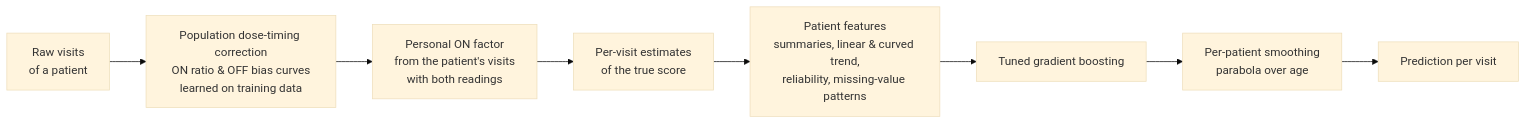
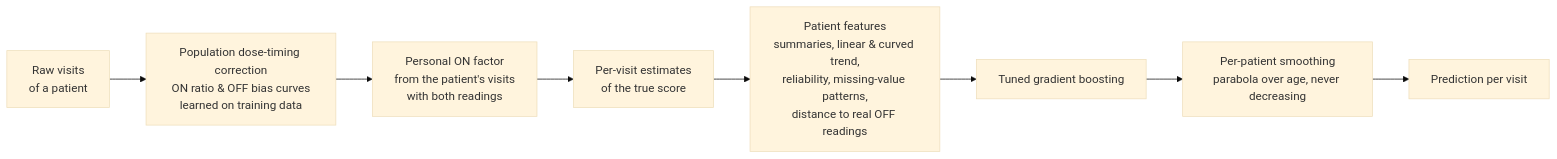
The second of 2 diagrams in METHODOLOGY.md (MadeleineAhmed/IBMHackathonGroup1), drawn with Mermaid (base theme) before and after one commit. The commit also changed other lines of this file and 4 other files, not shown here.

````diff
--- a/METHODOLOGY.md
+++ b/METHODOLOGY.md
@@ -118,10 +121,10 @@
 ```mermaid
 flowchart LR
     A[Raw visits<br/>of a patient] --> B[Population dose-timing correction<br/>ON ratio & OFF bias curves<br/>learned on training data]
     B --> P[Personal ON factor<br/>from the patient's visits<br/>with both readings]
     P --> C[Per-visit estimates<br/>of the true score]
-    C --> D[Patient features<br/>summaries, linear & curved trend,<br/>reliability, missing-value patterns]
+    C --> D[Patient features<br/>summaries, linear & curved trend,<br/>reliability, missing-value patterns,<br/>distance to real OFF readings]
     D --> E[Tuned gradient boosting]
-    E --> G[Per-patient smoothing<br/>parabola over age]
+    E --> G[Per-patient smoothing<br/>parabola over age, never decreasing]
     G --> H[Prediction per visit]
 ```
````
